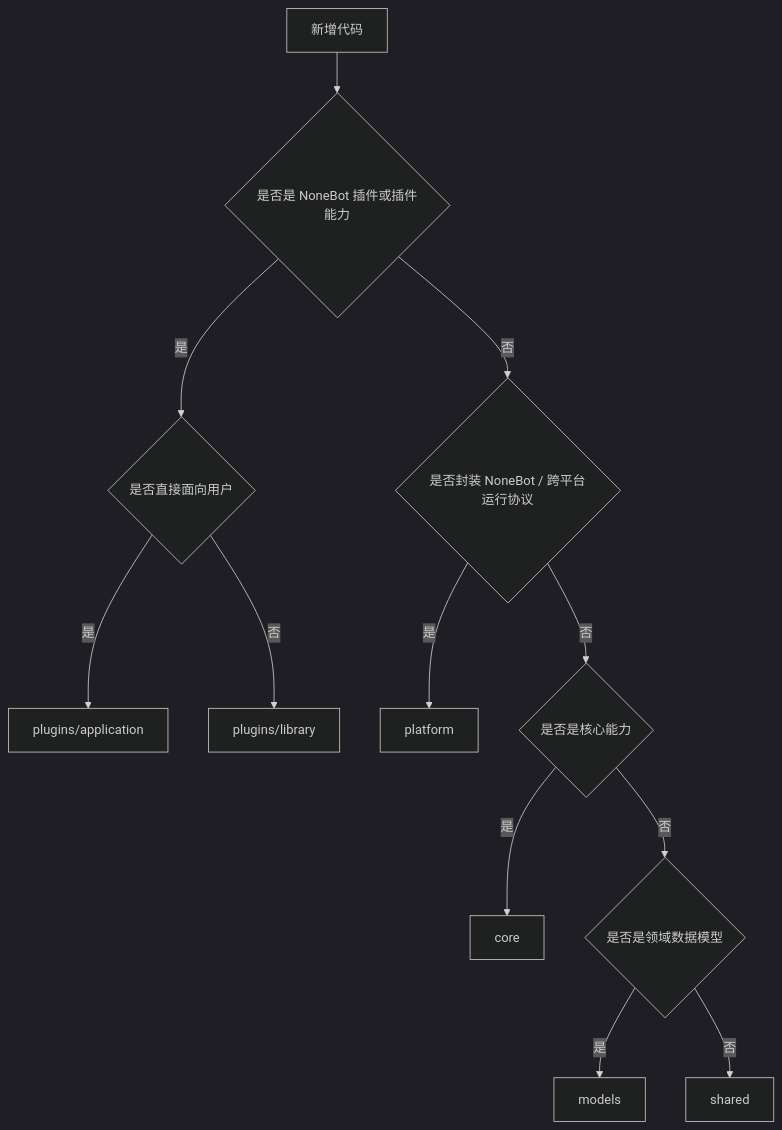
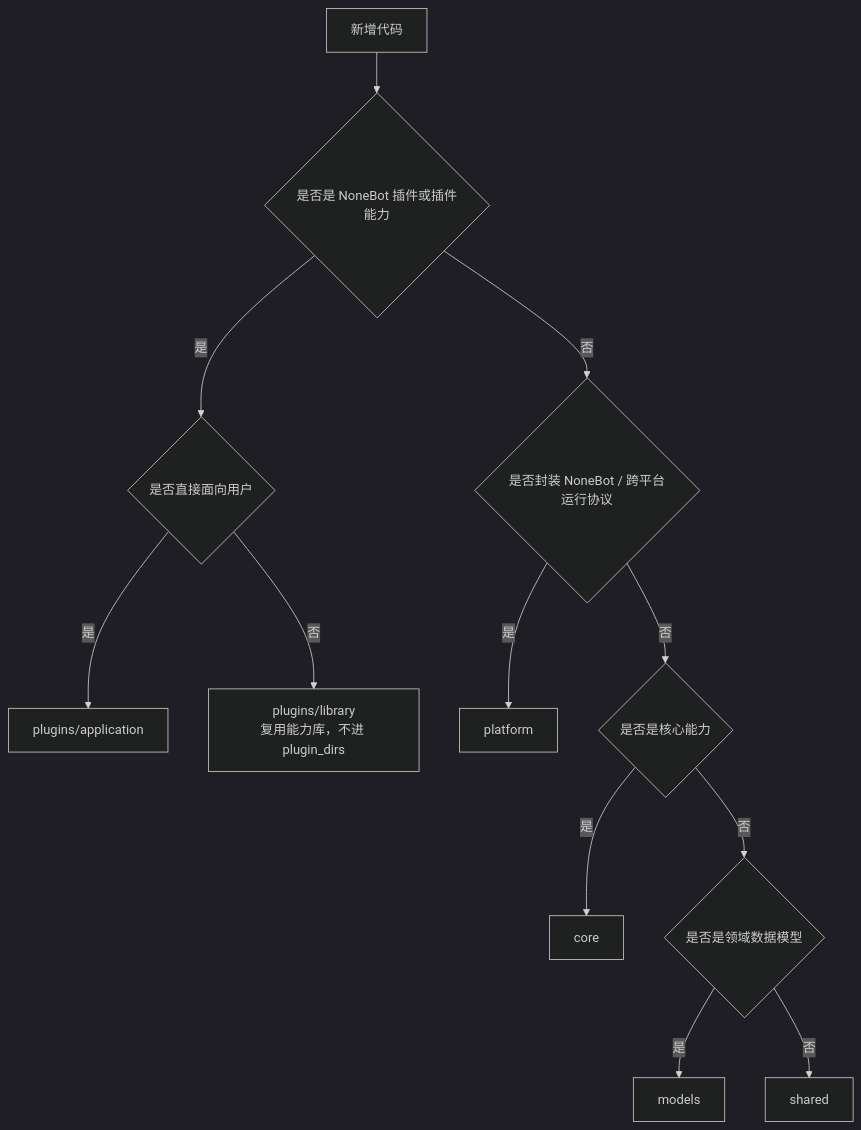
Before and after one commit to ClassRobot/ClassRobot: the second of 4 diagrams in src/README.md, drawn with Mermaid (dark theme). The commit also changed other lines of this file and 74 other files, not shown here.

Commit message:
Refine plugin loading and bot access architecture

````diff
--- a/src/README.md
+++ b/src/README.md
@@ -33,14 +33,14 @@
 ```mermaid
 flowchart TD
     Start["新增代码"] --> A{"是否是 NoneBot 插件或插件能力"}
     A -->|是| B{"是否直接面向用户"}
     B -->|是| App["plugins/application"]
-    B -->|否| Lib["plugins/library"]
+    B -->|否| Lib["plugins/library<br/>复用能力库，不进 plugin_dirs"]
     A -->|否| C{"是否封装 NoneBot / 跨平台运行协议"}
     C -->|是| Platform["platform"]
     C -->|否| D{"是否是核心能力"}
     D -->|是| Core["core"]
     D -->|否| E{"是否是领域数据模型"}
     E -->|是| Models["models"]
     E -->|否| Shared["shared"]
 ```
````
